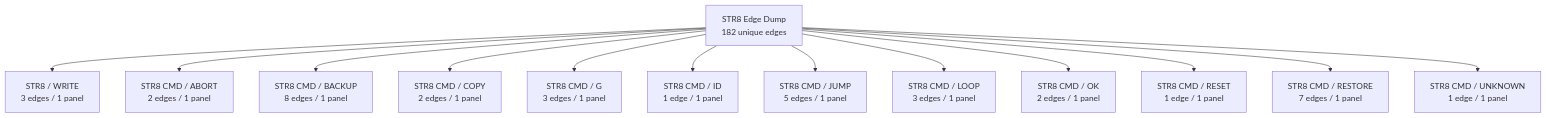
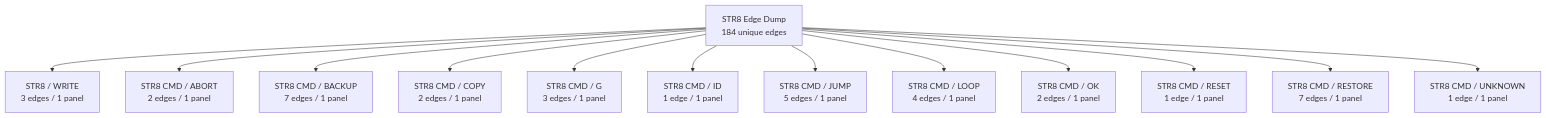
Before and after one commit to 95westus/R-YORS: the third of 45 diagrams in DOC/GUIDES/STR8/STR8_EDGE_DUMP.md, drawn with Mermaid. The commit also changed other lines of this file and 42 other files, not shown here.

First line of the commit message:
STR8: publish validated bank jump record

````diff
--- a/DOC/GUIDES/STR8/STR8_EDGE_DUMP.md
+++ b/DOC/GUIDES/STR8/STR8_EDGE_DUMP.md
@@ -62,15 +62,15 @@
 ```mermaid
 flowchart TD
-    EDGE_ATLAS_ROOT_2["STR8 Edge Dump<br/>182 unique edges"] --> EDGE_FAMILY_2_0["STR8 / WRITE<br/>3 edges / 1 panel"]
-    EDGE_ATLAS_ROOT_2["STR8 Edge Dump<br/>182 unique edges"] --> EDGE_FAMILY_2_1["STR8 CMD / ABORT<br/>2 edges / 1 panel"]
-    EDGE_ATLAS_ROOT_2["STR8 Edge Dump<br/>182 unique edges"] --> EDGE_FAMILY_2_2["STR8 CMD / BACKUP<br/>8 edges / 1 panel"]
-    EDGE_ATLAS_ROOT_2["STR8 Edge Dump<br/>182 unique edges"] --> EDGE_FAMILY_2_3["STR8 CMD / COPY<br/>2 edges / 1 panel"]
-    EDGE_ATLAS_ROOT_2["STR8 Edge Dump<br/>182 unique edges"] --> EDGE_FAMILY_2_4["STR8 CMD / G<br/>3 edges / 1 panel"]
-    EDGE_ATLAS_ROOT_2["STR8 Edge Dump<br/>182 unique edges"] --> EDGE_FAMILY_2_5["STR8 CMD / ID<br/>1 edge / 1 panel"]
-    EDGE_ATLAS_ROOT_2["STR8 Edge Dump<br/>182 unique edges"] --> EDGE_FAMILY_2_6["STR8 CMD / JUMP<br/>5 edges / 1 panel"]
-    EDGE_ATLAS_ROOT_2["STR8 Edge Dump<br/>182 unique edges"] --> EDGE_FAMILY_2_7["STR8 CMD / LOOP<br/>3 edges / 1 panel"]
-    EDGE_ATLAS_ROOT_2["STR8 Edge Dump<br/>182 unique edges"] --> EDGE_FAMILY_2_8["STR8 CMD / OK<br/>2 edges / 1 panel"]
-    EDGE_ATLAS_ROOT_2["STR8 Edge Dump<br/>182 unique edges"] --> EDGE_FAMILY_2_9["STR8 CMD / RESET<br/>1 edge / 1 panel"]
-    EDGE_ATLAS_ROOT_2["STR8 Edge Dump<br/>182 unique edges"] --> EDGE_FAMILY_2_10["STR8 CMD / RESTORE<br/>7 edges / 1 panel"]
-    EDGE_ATLAS_ROOT_2["STR8 Edge Dump<br/>182 unique edges"] --> EDGE_FAMILY_2_11["STR8 CMD / UNKNOWN<br/>1 edge / 1 panel"]
+    EDGE_ATLAS_ROOT_2["STR8 Edge Dump<br/>184 unique edges"] --> EDGE_FAMILY_2_0["STR8 / WRITE<br/>3 edges / 1 panel"]
+    EDGE_ATLAS_ROOT_2["STR8 Edge Dump<br/>184 unique edges"] --> EDGE_FAMILY_2_1["STR8 CMD / ABORT<br/>2 edges / 1 panel"]
+    EDGE_ATLAS_ROOT_2["STR8 Edge Dump<br/>184 unique edges"] --> EDGE_FAMILY_2_2["STR8 CMD / BACKUP<br/>7 edges / 1 panel"]
+    EDGE_ATLAS_ROOT_2["STR8 Edge Dump<br/>184 unique edges"] --> EDGE_FAMILY_2_3["STR8 CMD / COPY<br/>2 edges / 1 panel"]
+    EDGE_ATLAS_ROOT_2["STR8 Edge Dump<br/>184 unique edges"] --> EDGE_FAMILY_2_4["STR8 CMD / G<br/>3 edges / 1 panel"]
+    EDGE_ATLAS_ROOT_2["STR8 Edge Dump<br/>184 unique edges"] --> EDGE_FAMILY_2_5["STR8 CMD / ID<br/>1 edge / 1 panel"]
+    EDGE_ATLAS_ROOT_2["STR8 Edge Dump<br/>184 unique edges"] --> EDGE_FAMILY_2_6["STR8 CMD / JUMP<br/>5 edges / 1 panel"]
+    EDGE_ATLAS_ROOT_2["STR8 Edge Dump<br/>184 unique edges"] --> EDGE_FAMILY_2_7["STR8 CMD / LOOP<br/>4 edges / 1 panel"]
+    EDGE_ATLAS_ROOT_2["STR8 Edge Dump<br/>184 unique edges"] --> EDGE_FAMILY_2_8["STR8 CMD / OK<br/>2 edges / 1 panel"]
+    EDGE_ATLAS_ROOT_2["STR8 Edge Dump<br/>184 unique edges"] --> EDGE_FAMILY_2_9["STR8 CMD / RESET<br/>1 edge / 1 panel"]
+    EDGE_ATLAS_ROOT_2["STR8 Edge Dump<br/>184 unique edges"] --> EDGE_FAMILY_2_10["STR8 CMD / RESTORE<br/>7 edges / 1 panel"]
+    EDGE_ATLAS_ROOT_2["STR8 Edge Dump<br/>184 unique edges"] --> EDGE_FAMILY_2_11["STR8 CMD / UNKNOWN<br/>1 edge / 1 panel"]
 ```
````
